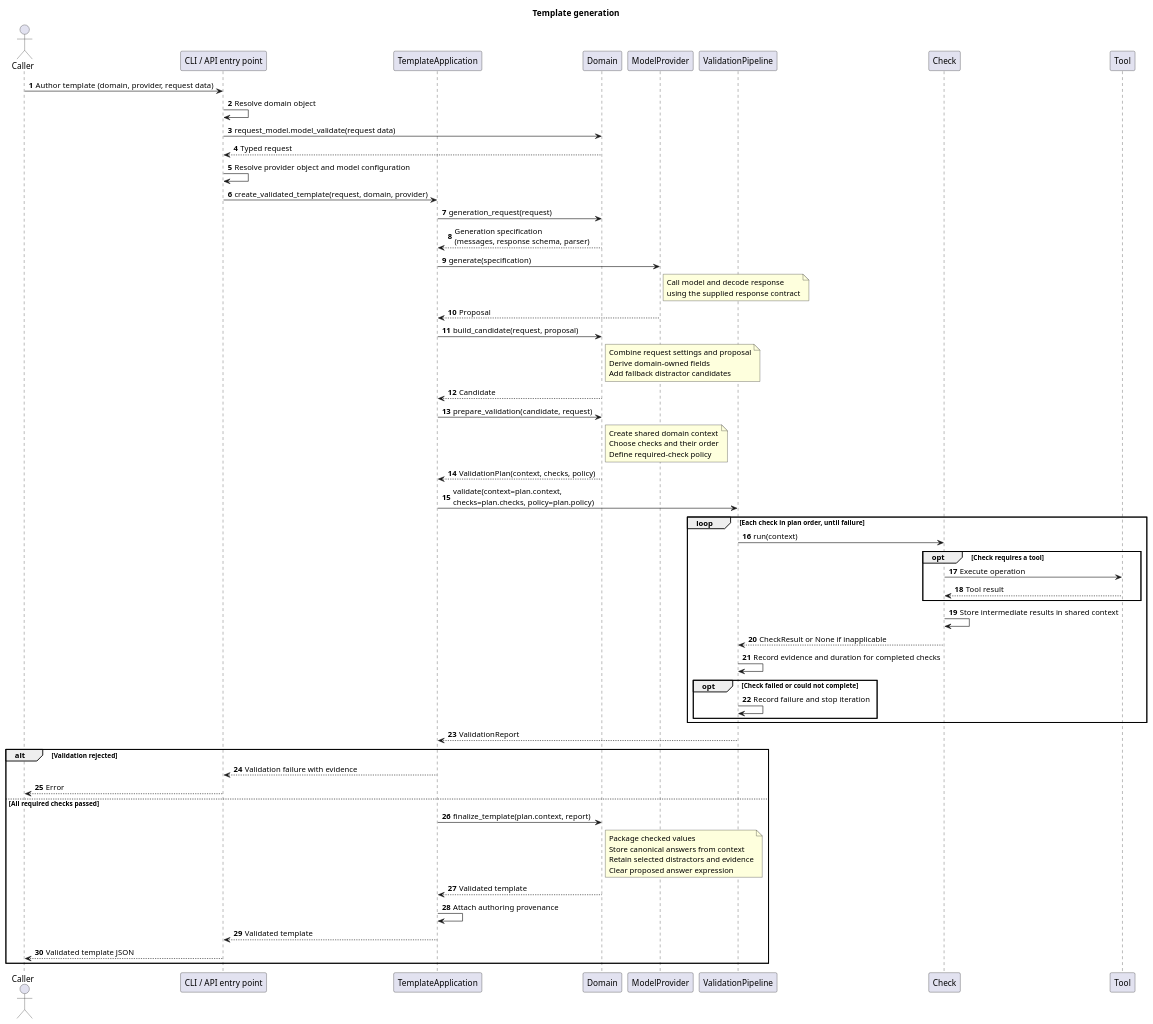
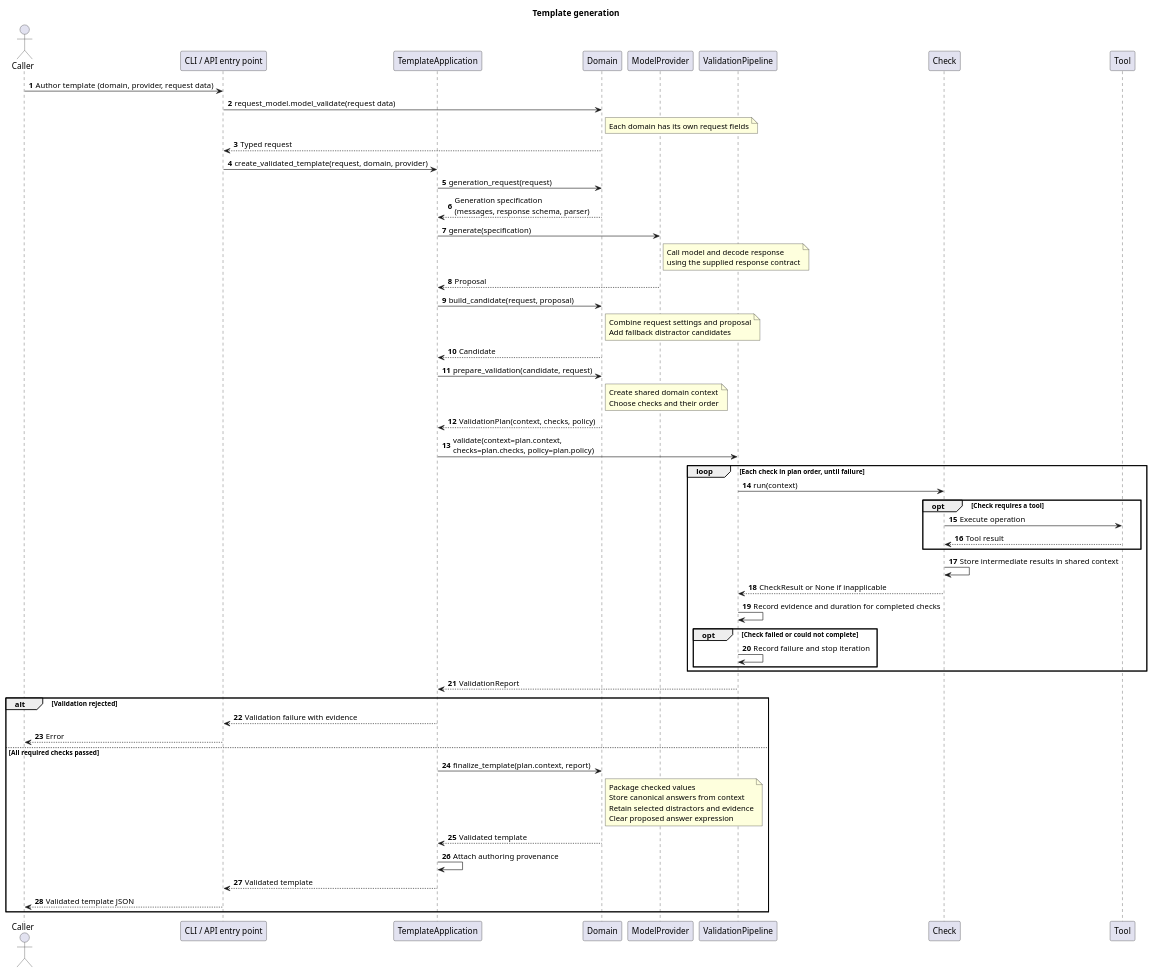
The diagram in docs/question-generation/generate-template.puml (edcraft-org/ai), drawn with PlantUML before and after one commit.

Commit message:
Update uml

```diff
--- a/docs/question-generation/generate-template.puml
+++ b/docs/question-generation/generate-template.puml
@@ -1,85 +1,84 @@
 @startuml
 title Template generation
 autonumber
 
 actor Caller
 participant "CLI / API entry point" as Entry
 participant TemplateApplication as App
 participant "Domain" as Domain
 participant "ModelProvider" as Provider
 participant ValidationPipeline as Validator
 participant "Check" as Check
 participant "Tool" as Tool
 
 Caller -> Entry: Author template (domain, provider, request data)
-Entry -> Entry: Resolve domain object
 Entry -> Domain: request_model.model_validate(request data)
+note right of Domain
+  Each domain has its own request fields
+end note
 Domain --> Entry: Typed request
-Entry -> Entry: Resolve provider object and model configuration
 Entry -> App: create_validated_template(request, domain, provider)
 
 App -> Domain: generation_request(request)
 Domain --> App: Generation specification\n(messages, response schema, parser)
 
 App -> Provider: generate(specification)
 note right of Provider
   Call model and decode response
   using the supplied response contract
 end note
 Provider --> App: Proposal
 
 App -> Domain: build_candidate(request, proposal)
 note right of Domain
   Combine request settings and proposal
-  Derive domain-owned fields
   Add fallback distractor candidates
 end note
 Domain --> App: Candidate
 
 App -> Domain: prepare_validation(candidate, request)
 note right of Domain
   Create shared domain context
   Choose checks and their order
-  Define required-check policy
 end note
 Domain --> App: ValidationPlan(context, checks, policy)
 
 App -> Validator: validate(context=plan.context,\nchecks=plan.checks, policy=plan.policy)
 
 loop Each check in plan order, until failure
     Validator -> Check: run(context)
 
     opt Check requires a tool
         Check -> Tool: Execute operation
         Tool --> Check: Tool result
     end
 
     Check -> Check: Store intermediate results in shared context
     Check --> Validator: CheckResult or None if inapplicable
     Validator -> Validator: Record evidence and duration for completed checks
 
     opt Check failed or could not complete
         Validator -> Validator: Record failure and stop iteration
     end
 end
 
 Validator --> App: ValidationReport
 
 alt Validation rejected
     App --> Entry: Validation failure with evidence
     Entry --> Caller: Error
 else All required checks passed
     App -> Domain: finalize_template(plan.context, report)
     note right of Domain
       Package checked values
       Store canonical answers from context
       Retain selected distractors and evidence
       Clear proposed answer expression
     end note
     Domain --> App: Validated template
 
     App -> App: Attach authoring provenance
     App --> Entry: Validated template
     Entry --> Caller: Validated template JSON
 end
 @enduml
```
